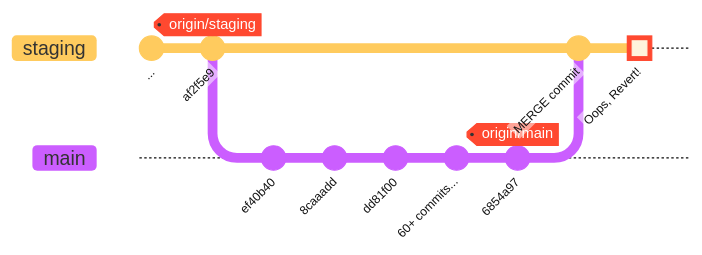
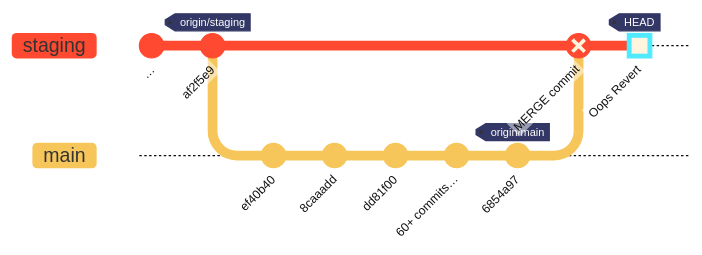
Before and after one commit to julie-ng/cloud-architecture-review: the diagram in docs/git-graphs/2-merge-commit-reverse.mmd, drawn with Mermaid. The commit also changed 18 other files, not shown here.

```diff
--- a/docs/git-graphs/2-merge-commit-reverse.mmd
+++ b/docs/git-graphs/2-merge-commit-reverse.mmd
@@ -1,30 +1,33 @@
 %%{init: {
 	'logLevel': 'debug',
 	'theme': 'base',
 	'themeVariables': {
+		'commitLabelFontSize': '10px',
 		'commitLabelColor': '#111111',
 		'commitLabelBackground': '#ffffff',
-		'tagLabelFontSize': '12px',
+		'tagLabelFontSize': '9px',
 		'tagLabelColor': '#ffffff',
-		'tagLabelBackground': '#ff4930',
-		'tagLabelBorder': '#ff4930',
-		'gitInv0': '#ff4930'
+		'tagLabelBackground': '#323765',
+		'tagLabelBorder': '#323765',
+		'git0': '#ff4930',
+		'git1': '#f6c65b',
+		'git2': '#02ccd5'
   },
 	'gitGraph': {
 		'showBranches': true,
 		'showCommitLabel':true,
 		'mainBranchName': 'staging'
 	}
 }}%%
 gitGraph
-	commit id: "..."
+	commit id: "…"
 	commit id: "af2f5e9" tag: "origin/staging"
 	branch main
 	commit id: "ef40b40"
 	commit id: "8caaadd"
 	commit id: "dd81f00"
-	commit id: "60+ commits..."
+	commit id: "60+ commits…"
 	commit id: "6854a97" tag: "origin/main"
 	checkout staging
-	merge main id: "MERGE commit" type: NORMAL
-	commit id: "Oops, Revert!" type: HIGHLIGHT
+	merge main id: "MERGE commit" type: REVERSE
+	commit id: "Oops Revert" tag: "HEAD" type: HIGHLIGHT
```
